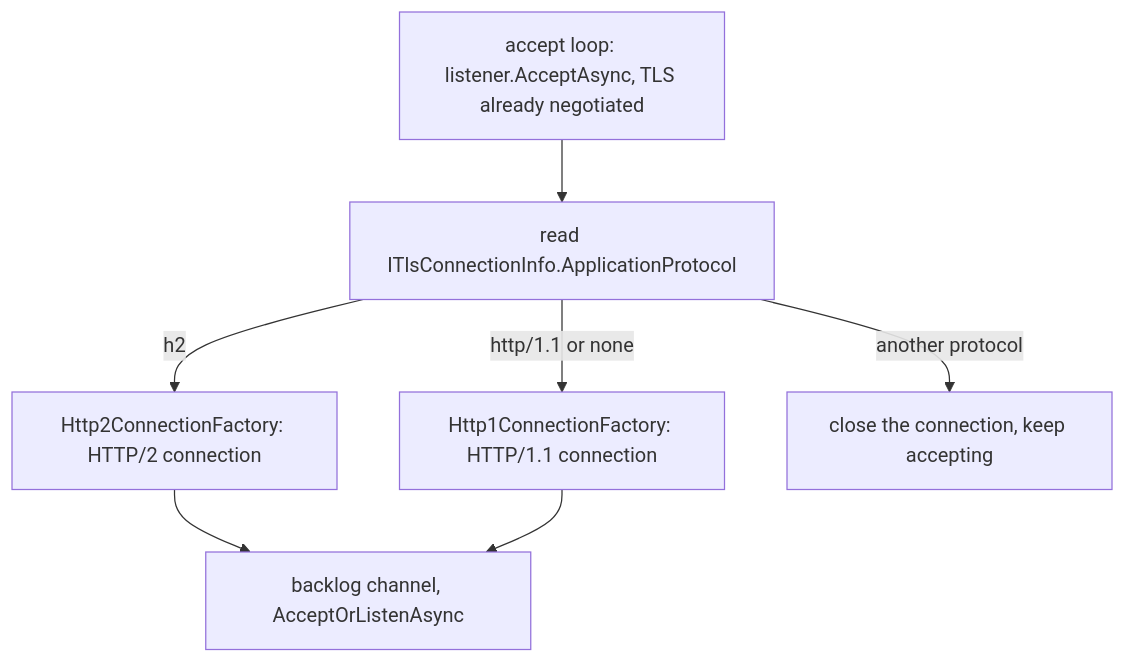
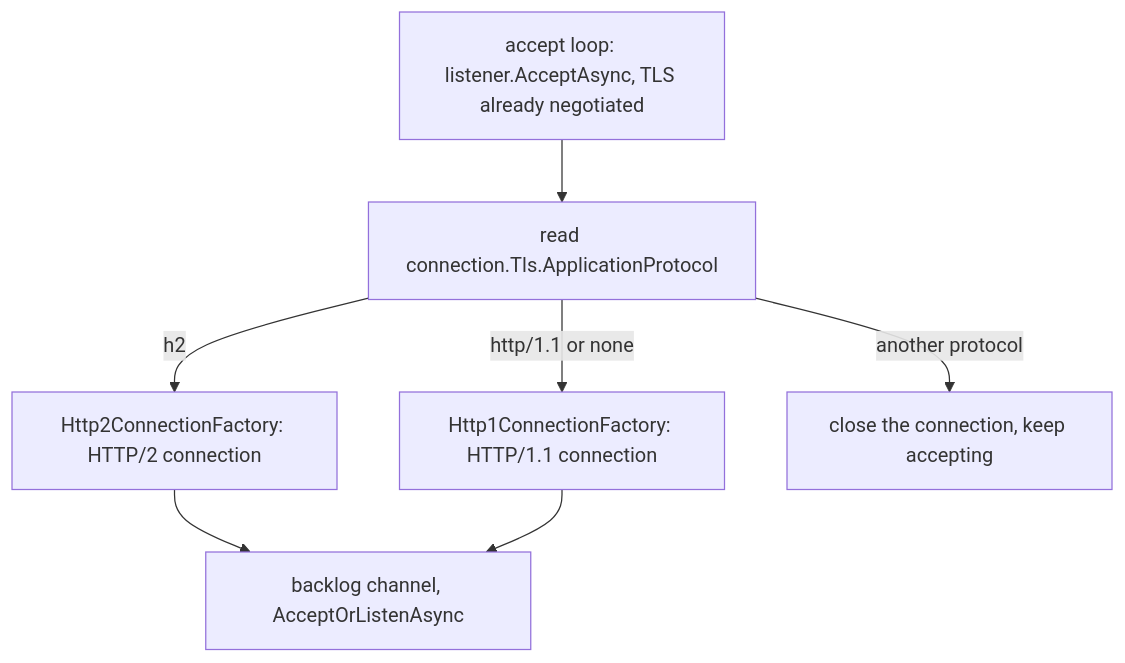
One commit to assimalign/cohesion changed the first of 4 diagrams in libraries/Http/Assimalign.Cohesion.Http.Connections/docs/DESIGN.md. Above: the diagram before and after it, drawn with Mermaid. The commit also changed other lines of this file and 92 other files, not shown here.

````diff
--- a/libraries/Http/Assimalign.Cohesion.Http.Connections/docs/DESIGN.md
+++ b/libraries/Http/Assimalign.Cohesion.Http.Connections/docs/DESIGN.md
@@ -311,9 +324,9 @@
 ```mermaid
 flowchart TD
-    Accept["accept loop: listener.AcceptAsync, TLS already negotiated"] --> Read["read ITlsConnectionInfo.ApplicationProtocol"]
+    Accept["accept loop: listener.AcceptAsync, TLS already negotiated"] --> Read["read connection.Tls.ApplicationProtocol"]
     Read -->|"h2"| H2["Http2ConnectionFactory: HTTP/2 connection"]
     Read -->|"http/1.1 or none"| H1["Http1ConnectionFactory: HTTP/1.1 connection"]
     Read -->|"another protocol"| Close["close the connection, keep accepting"]
     H2 --> Queue["backlog channel, AcceptOrListenAsync"]
     H1 --> Queue
 ```
````
